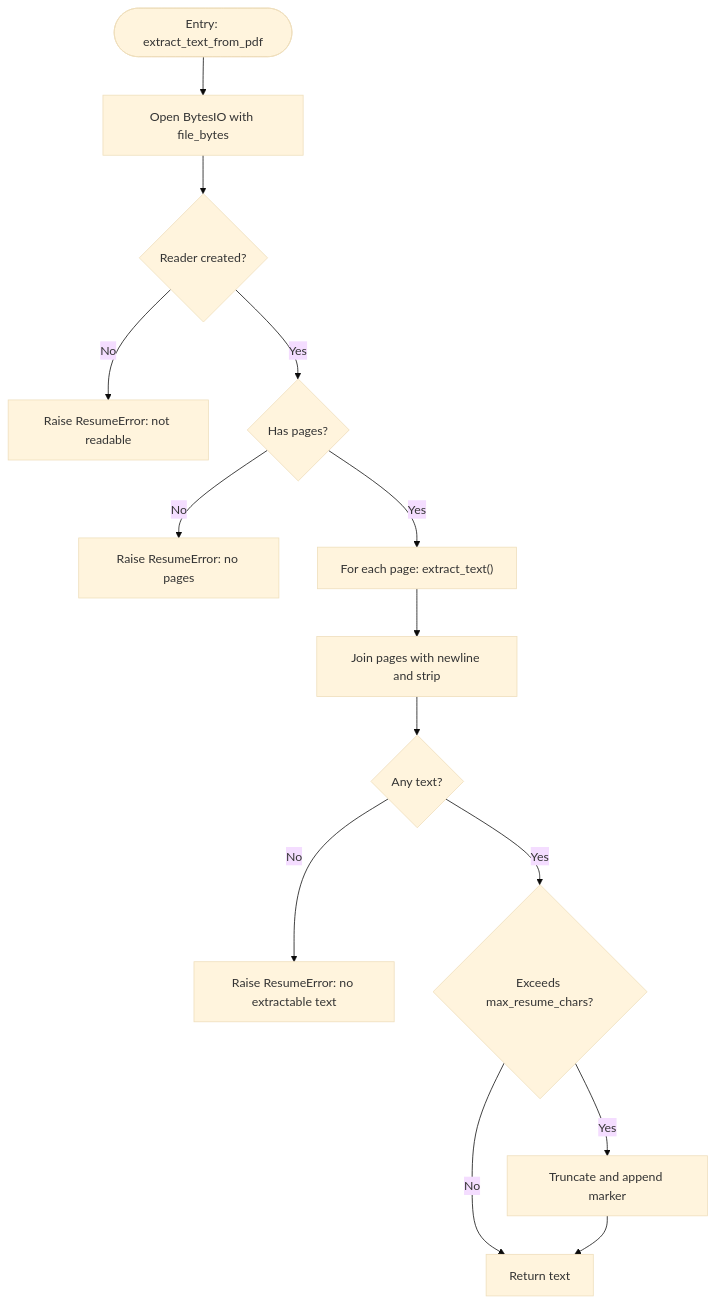
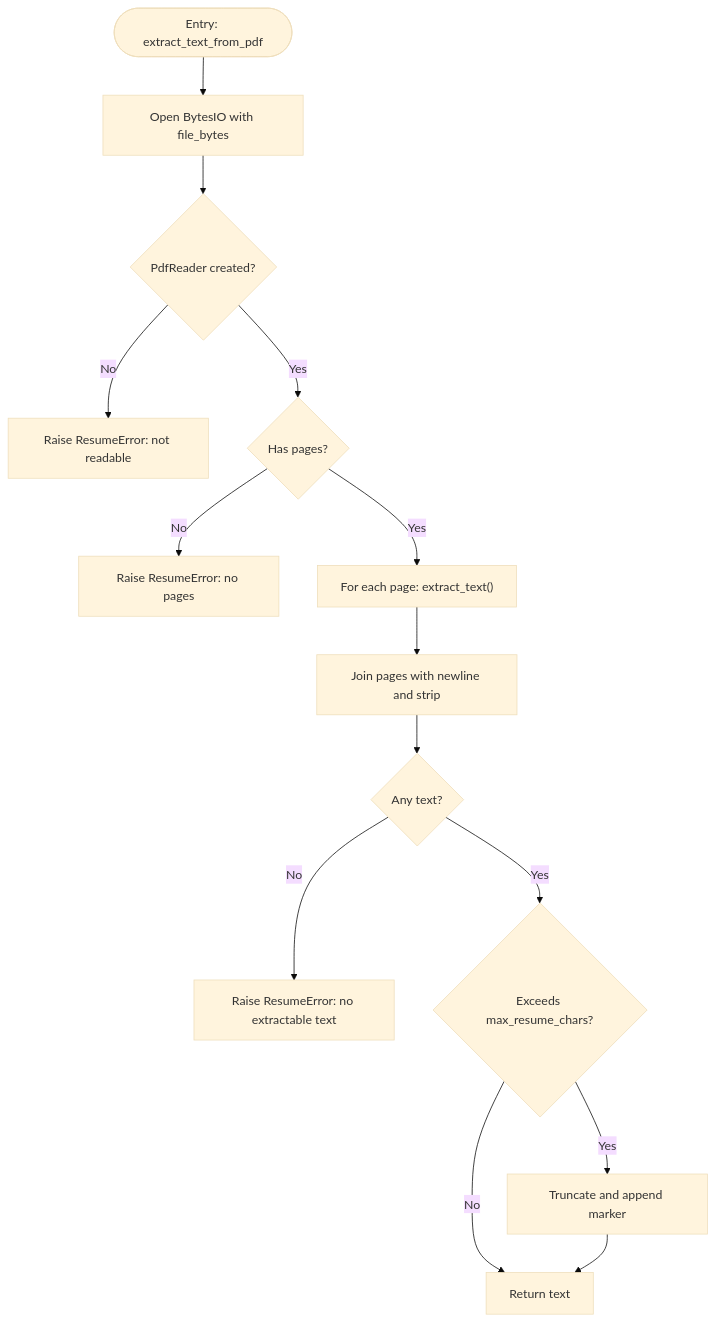
One commit to waqarimran342/CareerOS-AI changed the third of 5 diagrams in .qoder/repowiki/en/content/External Integrations/Resume Processing.md. Above: the diagram before and after it, drawn with Mermaid (base theme). The commit also changed other lines of this file and 32 other files, not shown here.

````diff
--- a/.qoder/repowiki/en/content/External Integrations/Resume Processing.md
+++ b/.qoder/repowiki/en/content/External Integrations/Resume Processing.md
@@ -100,16 +108,16 @@
 ```mermaid
 flowchart TD
 Start(["Entry: extract_text_from_pdf"]) --> Open["Open BytesIO with file_bytes"]
-Open --> Read{"Reader created?"}
+Open --> Read{"PdfReader created?"}
 Read -- No --> ErrBad["Raise ResumeError: not readable"]
 Read -- Yes --> Pages{"Has pages?"}
 Pages -- No --> ErrEmpty["Raise ResumeError: no pages"]
 Pages -- Yes --> Loop["For each page: extract_text()"]
 Loop --> Join["Join pages with newline and strip"]
 Join --> Empty{"Any text?"}
 Empty -- No --> ErrNoText["Raise ResumeError: no extractable text"]
 Empty -- Yes --> Limit{"Exceeds max_resume_chars?"}
 Limit -- Yes --> Trunc["Truncate and append marker"]
 Limit -- No --> Return["Return text"]
 Trunc --> Return
 ```
````
